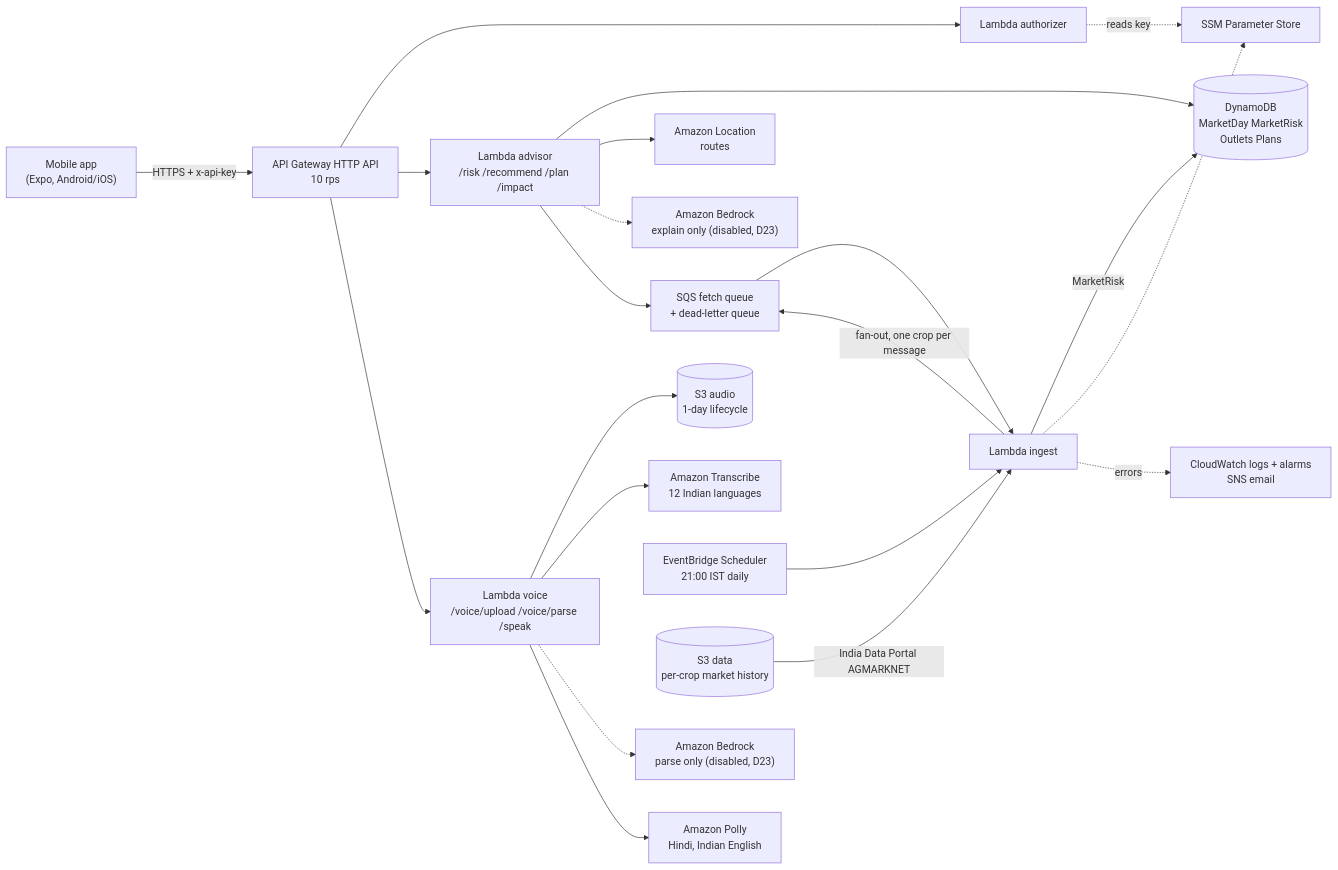
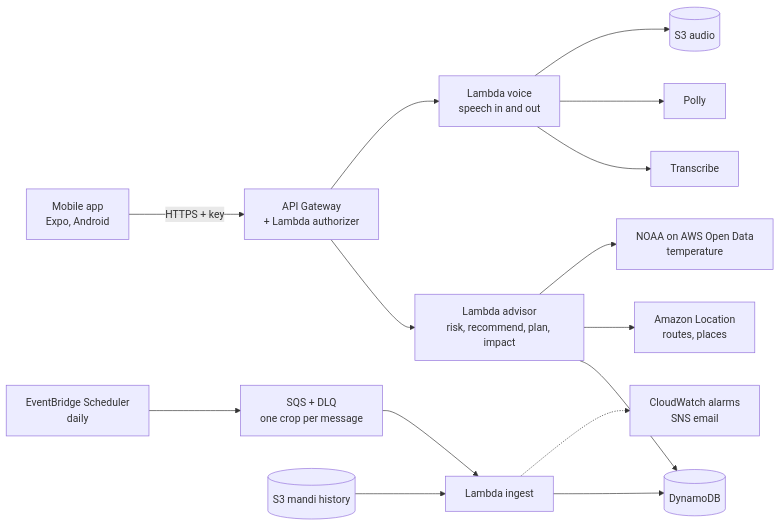
The diagram in README.md (Lakshya1901/AnnaSetu_AWS), drawn with Mermaid before and after one commit. The commit also changed other lines of this file and 10 other files, not shown here.

````diff
--- a/README.md
+++ b/README.md
@@ -252,23 +82,15 @@
 ```mermaid
 flowchart LR
-  App["Mobile app<br/>(Expo, Android/iOS)"] -->|"HTTPS + x-api-key"| APIGW["API Gateway HTTP API<br/>10 rps"]
-  APIGW --> Auth["Lambda authorizer"]
-  Auth -.->|"reads key"| SSM["SSM Parameter Store"]
-  APIGW --> Advisor["Lambda advisor<br/>/risk /recommend /plan /impact"]
-  APIGW --> Voice["Lambda voice<br/>/voice/upload /voice/parse /speak"]
-  Advisor --> DDB[("DynamoDB<br/>MarketDay MarketRisk<br/>Outlets Plans")]
-  Advisor --> Loc["Amazon Location<br/>routes"]
-  Advisor -.-> BR["Amazon Bedrock<br/>explain only (disabled, D23)"]
-  Advisor --> SQS["SQS fetch queue<br/>+ dead-letter queue"]
-  Voice --> S3A[("S3 audio<br/>1-day lifecycle")]
-  Voice --> Tr["Amazon Transcribe<br/>12 Indian languages"]
-  Voice -.-> BR2["Amazon Bedrock<br/>parse only (disabled, D23)"]
-  Voice --> Polly["Amazon Polly<br/>Hindi, Indian English"]
-  Sched["EventBridge Scheduler<br/>21:00 IST daily"] --> Ingest["Lambda ingest"]
-  Ingest -->|"fan-out, one crop per message"| SQS
-  SQS --> Ingest
-  S3D[("S3 data<br/>per-crop market history")] -->|"India Data Portal AGMARKNET"| Ingest
-  Ingest -->|"MarketRisk"| DDB
-  Ingest -.-> SSM
-  Ingest -.->|"errors"| CW["CloudWatch logs + alarms<br/>SNS email"]
+  App["Mobile app<br/>Expo, Android"] -->|HTTPS + key| APIGW["API Gateway<br/>+ Lambda authorizer"]
+  APIGW --> Advisor["Lambda advisor<br/>risk, recommend, plan, impact"]
+  APIGW --> Voice["Lambda voice<br/>speech in and out"]
+  Advisor --> DDB[("DynamoDB")]
+  Advisor --> Loc["Amazon Location<br/>routes, places"]
+  Advisor --> OD["NOAA on AWS Open Data<br/>temperature"]
+  Voice --> Tr["Transcribe"]
+  Voice --> Po["Polly"]
+  Voice --> S3A[("S3 audio")]
+  Sched["EventBridge Scheduler<br/>daily"] --> SQS["SQS + DLQ<br/>one crop per message"] --> Ingest["Lambda ingest"]
+  S3D[("S3 mandi history")] --> Ingest --> DDB
+  Ingest -.-> CW["CloudWatch alarms<br/>SNS email"]
 ```
````
